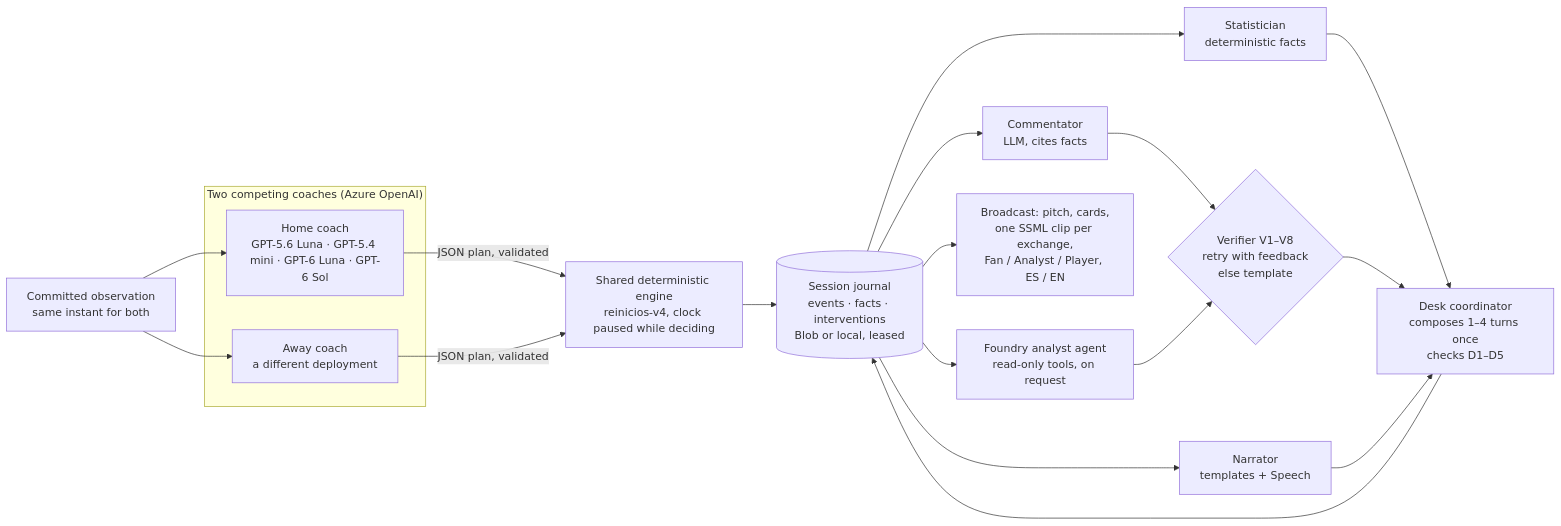
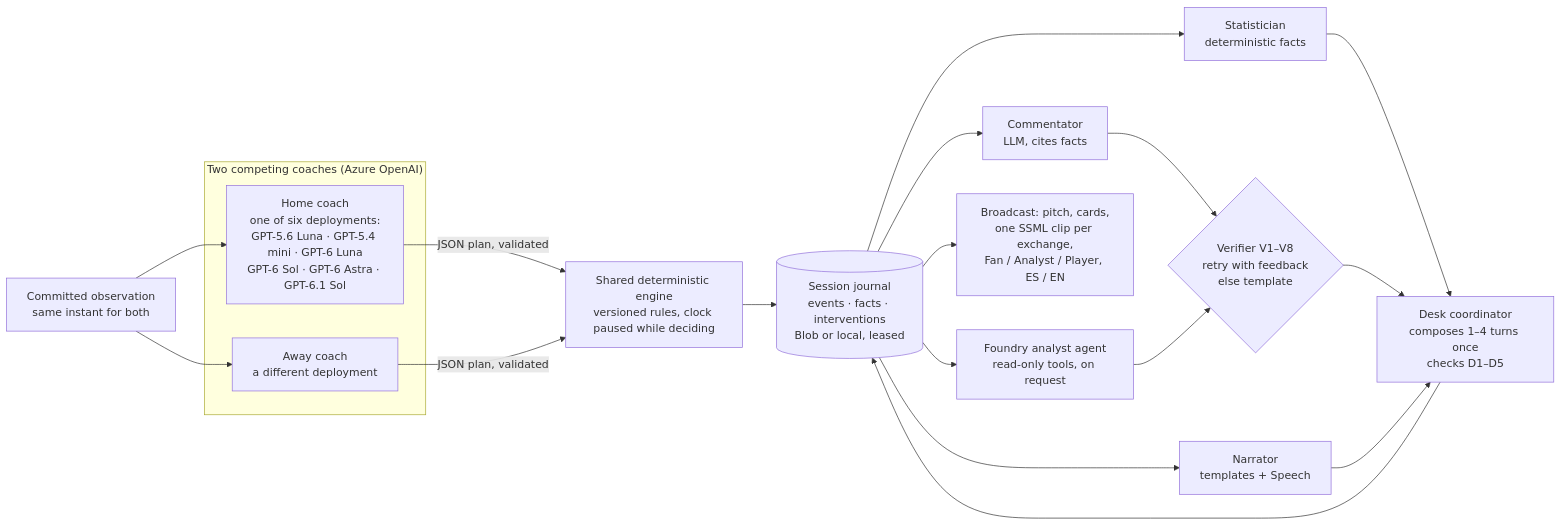
The diagram in README.md (calusaca/cronista), drawn with Mermaid before and after one commit. The commit also changed other lines of this file and 3 other files, not shown here.

````diff
--- a/README.md
+++ b/README.md
@@ -43,23 +45,23 @@
 ```mermaid
 flowchart LR
     subgraph Coaches["Two competing coaches (Azure OpenAI)"]
-        H[Home coach<br/>GPT-5.6 Luna · GPT-5.4 mini · GPT-6 Luna · GPT-6 Sol] 
+        H[Home coach<br/>one of six deployments:<br/>GPT-5.6 Luna · GPT-5.4 mini · GPT-6 Luna<br/>GPT-6 Sol · GPT-6 Astra · GPT-6.1 Sol]
         A[Away coach<br/>a different deployment]
     end
     OBS[Committed observation<br/>same instant for both] --> H
     OBS --> A
     H -- JSON plan, validated --> E
     A -- JSON plan, validated --> E
-    E[Shared deterministic engine<br/>reinicios-v4, clock paused while deciding] --> J[(Session journal<br/>events · facts · interventions<br/>Blob or local, leased)]
+    E[Shared deterministic engine<br/>versioned rules, clock paused while deciding] --> J[(Session journal<br/>events · facts · interventions<br/>Blob or local, leased)]
     J --> N[Narrator<br/>templates + Speech]
     J --> S[Statistician<br/>deterministic facts]
     J --> C[Commentator<br/>LLM, cites facts]
     C --> V{Verifier V1–V8<br/>retry with feedback<br/>else template}
     S --> D
     V --> D[Desk coordinator<br/>composes 1–4 turns once<br/>checks D1–D5]
     N --> D
     D --> J
     J --> F[Foundry analyst agent<br/>read-only tools, on request]
     F --> V
     J --> UI[Broadcast: pitch, cards,<br/>one SSML clip per exchange,<br/>Fan / Analyst / Player, ES / EN]
 ```
````
